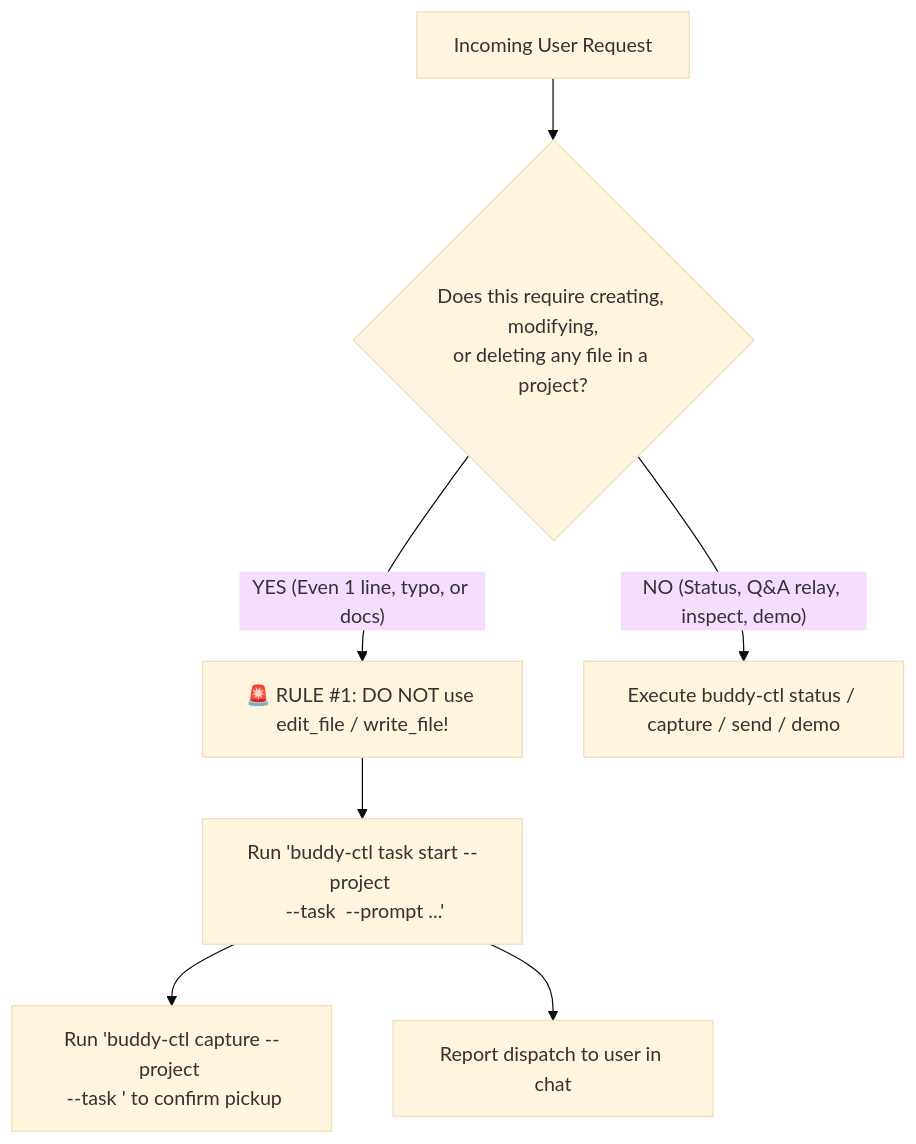
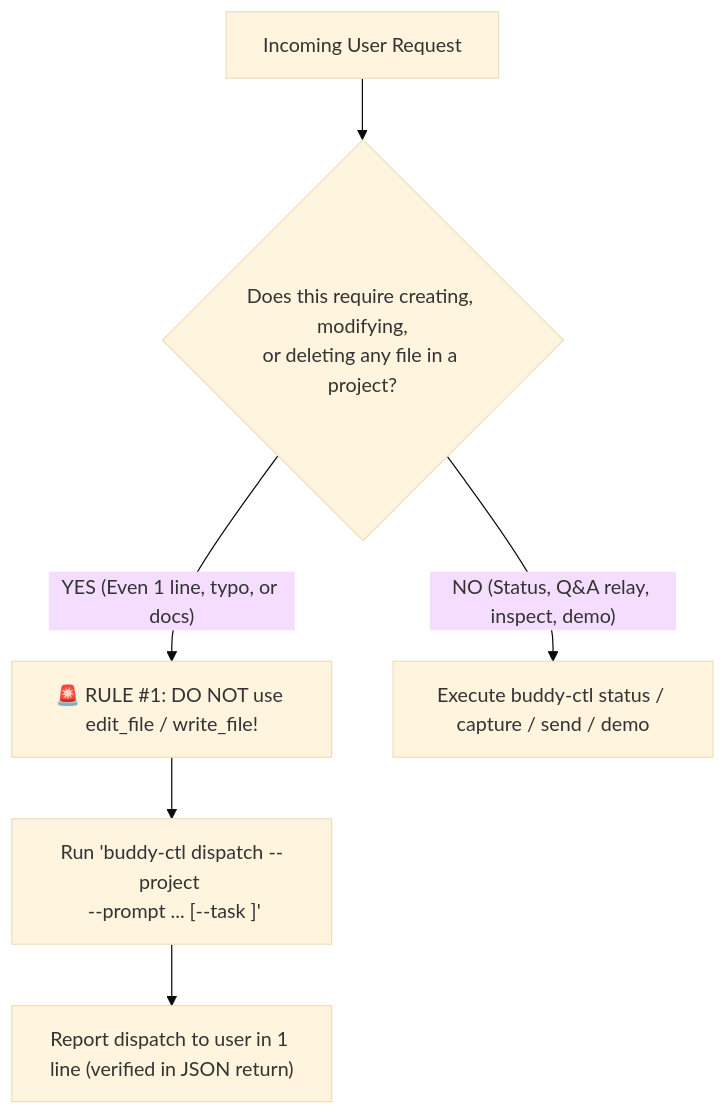
The diagram in skills/buddy/SKILL.md (tortoise10h/buddy), drawn with Mermaid (base theme) before and after one commit. The commit also changed other lines of this file and 3 other files, not shown here.

First line of the commit message:
ft(cli): add atomic dispatch with reactive TUI probing and pickup verification

````diff
--- a/skills/buddy/SKILL.md
+++ b/skills/buddy/SKILL.md
@@ -46,9 +46,8 @@
 ```mermaid
 flowchart TD
     Req["Incoming User Request"] --> Check{"Does this require creating, modifying,<br/>or deleting any file in a project?"}
     Check -- "YES (Even 1 line, typo, or docs)" --> Rule1["🚨 RULE #1: DO NOT use edit_file / write_file!"]
-    Rule1 --> StartTask["Run 'buddy-ctl task start --project <p> --task <t> --prompt ...'"]
-    StartTask --> VerifyPickup["Run 'buddy-ctl capture --project <p> --task <t>' to confirm pickup"]
-    StartTask --> Notify["Report dispatch to user in chat"]
+    Rule1 --> FastDispatch["Run 'buddy-ctl dispatch --project <p> --prompt ... [--task <t>]'"]
+    FastDispatch --> Notify["Report dispatch to user in 1 line (verified in JSON return)"]
     Check -- "NO (Status, Q&A relay, inspect, demo)" --> Orchestrate["Execute buddy-ctl status / capture / send / demo"]
 ```
````
